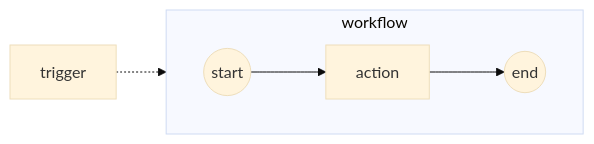
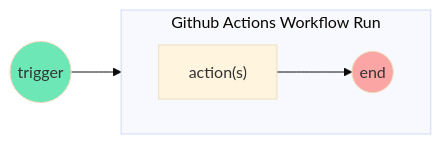
The second of 4 diagrams in _posts/2023-02-27-Repository-Workflows-with-Github-Actions.md (CU-DBMI/set-website), drawn with Mermaid (base theme) before and after one commit. The commit also changed other lines of this file, not shown here.

Commit message:
diagrams updates; gh actions content dev

````diff
--- a/_posts/2023-02-27-Repository-Workflows-with-Github-Actions.md
+++ b/_posts/2023-02-27-Repository-Workflows-with-Github-Actions.md
@@ -32,9 +34,11 @@
 ```mermaid
 flowchart LR
-  subgraph workflow
+  subgraph workflow [Github Actions Workflow Run]
     direction LR
-    start((start)) --> action
-    action --> en((end))
+    
+    action["action(s)"] --> en((end))
   end
-  trigger -.-> start
+  start((trigger)) --> action
+  style start fill:#6EE7B7
+  style en fill:#FCA5A5
 ```
````
